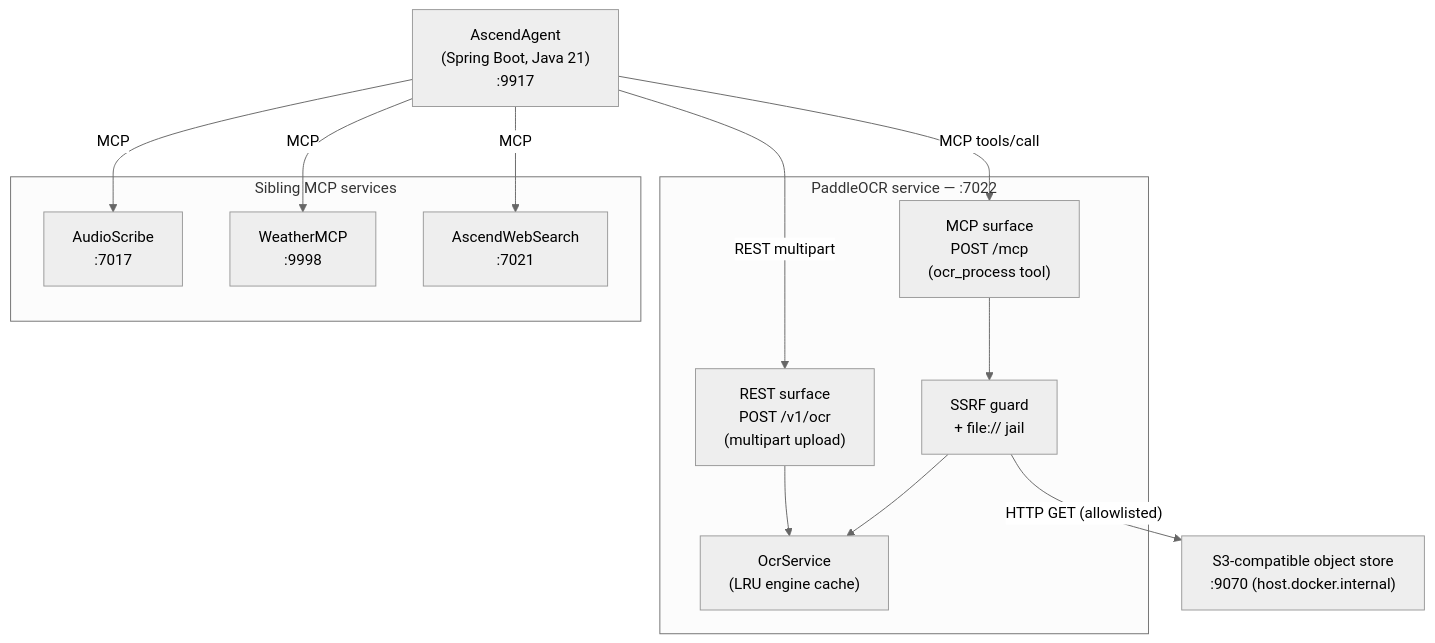
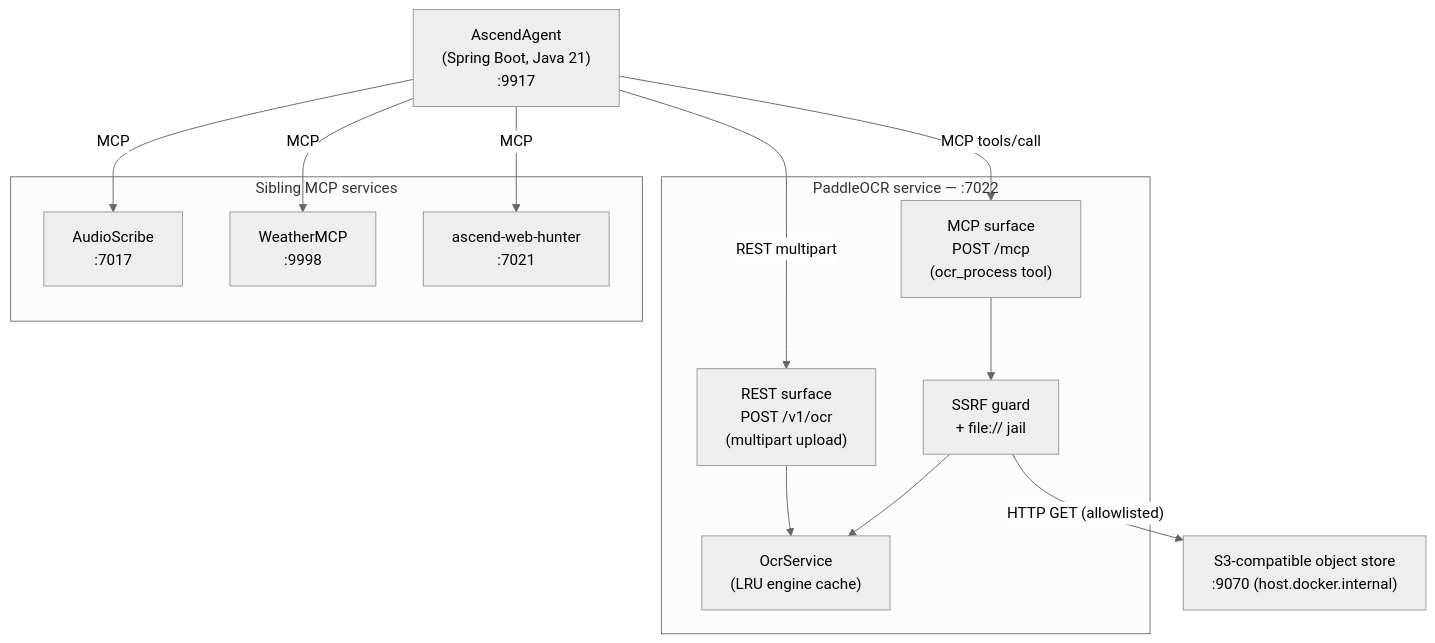
The first of 2 diagrams in PaddleOCR/docs/architecture/diagrams/container-diagram.md (Lukk17/AscendAI), drawn with Mermaid (neutral theme) before and after one commit. The commit also changed 422 other files, not shown here.

````diff
--- a/PaddleOCR/docs/architecture/diagrams/container-diagram.md
+++ b/PaddleOCR/docs/architecture/diagrams/container-diagram.md
@@ -7,31 +7,31 @@
 ```mermaid
 graph TB
     accTitle: PaddleOCR C4 Container Diagram
     accDescr: Shows PaddleOCR's position in the AscendAI platform, its callers, and its downstream dependencies.
 
     Agent["AscendAgent<br/>(Spring Boot, Java 21)<br/>:9917"]
     ObjectStore["S3-compatible object store<br/>:9070 (host.docker.internal)"]
 
     subgraph "PaddleOCR service — :7022"
         REST["REST surface<br/>POST /v1/ocr<br/>(multipart upload)"]
         MCP["MCP surface<br/>POST /mcp<br/>(ocr_process tool)"]
         OCRSvc["OcrService<br/>(LRU engine cache)"]
         Guard["SSRF guard<br/>+ file:// jail"]
     end
 
     subgraph "Sibling MCP services"
         AudioScribe["AudioScribe<br/>:7017"]
         WeatherMCP["WeatherMCP<br/>:9998"]
-        WebSearch["AscendWebSearch<br/>:7021"]
+        WebHunter["ascend-web-hunter<br/>:7021"]
     end
 
     Agent -->|"MCP tools/call"| MCP
     Agent -->|"REST multipart"| REST
     REST --> OCRSvc
     MCP --> Guard
     Guard -->|"HTTP GET (allowlisted)"| ObjectStore
     Guard --> OCRSvc
     Agent -->|"MCP"| AudioScribe
     Agent -->|"MCP"| WeatherMCP
-    Agent -->|"MCP"| WebSearch
+    Agent -->|"MCP"| WebHunter
 ```
````
